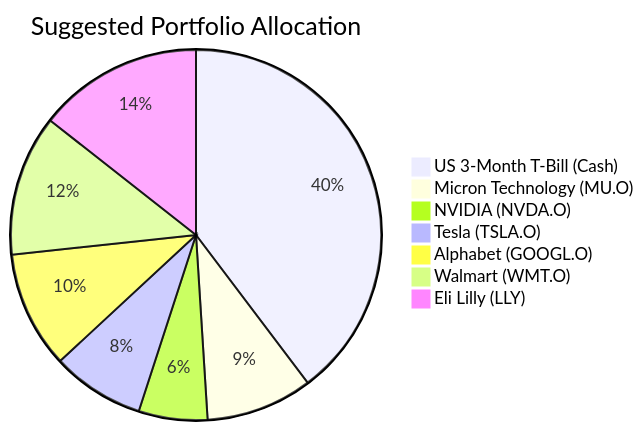
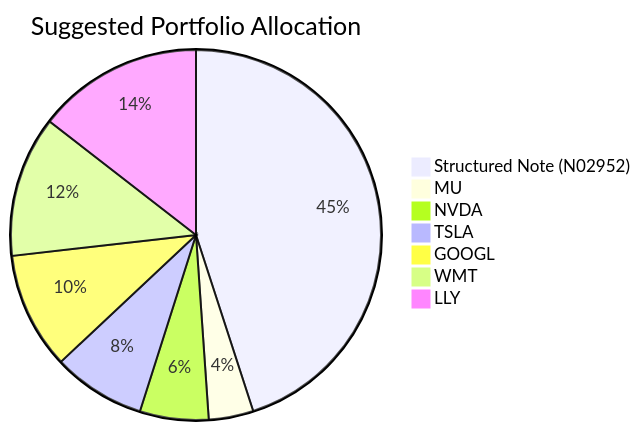
One commit to roger249/Bot-collaboration changed the second of 2 diagrams in docs/sample outputs/client_product_fit_analysis_8.md. Above: the diagram before and after it, drawn with Mermaid. The commit also changed other lines of this file and 16 other files, not shown here.

````diff
--- a/docs/sample outputs/client_product_fit_analysis_8.md
+++ b/docs/sample outputs/client_product_fit_analysis_8.md
@@ -54,10 +71,10 @@
 ```mermaid
 pie title Suggested Portfolio Allocation
-    "US 3-Month T-Bill (Cash)" : 39.7
-    "Micron Technology (MU.O)" : 9.3
-    "NVIDIA (NVDA.O)" : 6.0
-    "Tesla (TSLA.O)" : 8.1
-    "Alphabet (GOOGL.O)" : 10.2
-    "Walmart (WMT.O)" : 12.3
-    "Eli Lilly (LLY)" : 14.4
+    "Structured Note (N02952)" : 45.0
+    "MU" : 3.9
+    "NVDA" : 6.0
+    "TSLA" : 8.1
+    "GOOGL" : 10.2
+    "WMT" : 12.3
+    "LLY" : 14.5
 ```
````
